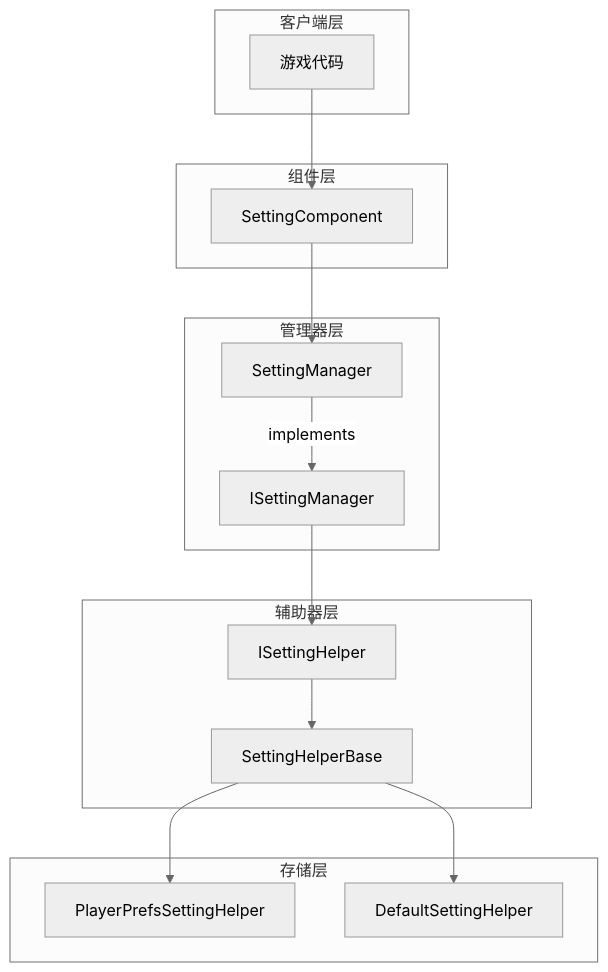
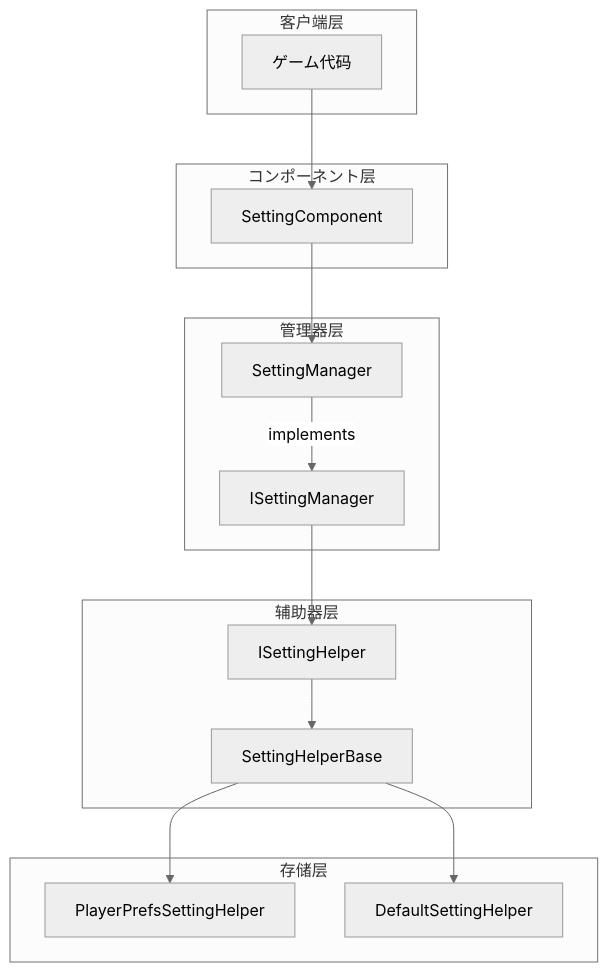
One commit to AlianBlank/GameFrameX.Docs changed the first of 2 diagrams in docs/ja/client/unity/component/setting/04.features.md. Above: the diagram before and after it, drawn with Mermaid (neutral theme). The commit also changed other lines of this file and 603 other files, not shown here.

````diff
--- a/docs/ja/client/unity/component/setting/04.features.md
+++ b/docs/ja/client/unity/component/setting/04.features.md
@@ -15,33 +15,33 @@
 ```mermaid
 graph TD
     subgraph Client["客户端层"]
-        GameCode["游戏代码"]
+        GameCode["ゲーム代码"]
     end
 
-    subgraph Component["组件层"]
+    subgraph Component["コンポーネント层"]
         SC[SettingComponent]
     end
 
     subgraph Manager["管理器层"]
         SM[SettingManager]
         ISM[ISettingManager]
     end
 
     subgraph Helper["辅助器层"]
         ISH[ISettingHelper]
         SHB[SettingHelperBase]
     end
 
     subgraph Storage["存储层"]
         PPSH[PlayerPrefsSettingHelper]
         DSH[DefaultSettingHelper]
     end
 
     GameCode --> SC
     SC --> SM
     SM -->|implements| ISM
     ISM --> ISH
     ISH --> SHB
     SHB --> PPSH
     SHB --> DSH
 ```
````
